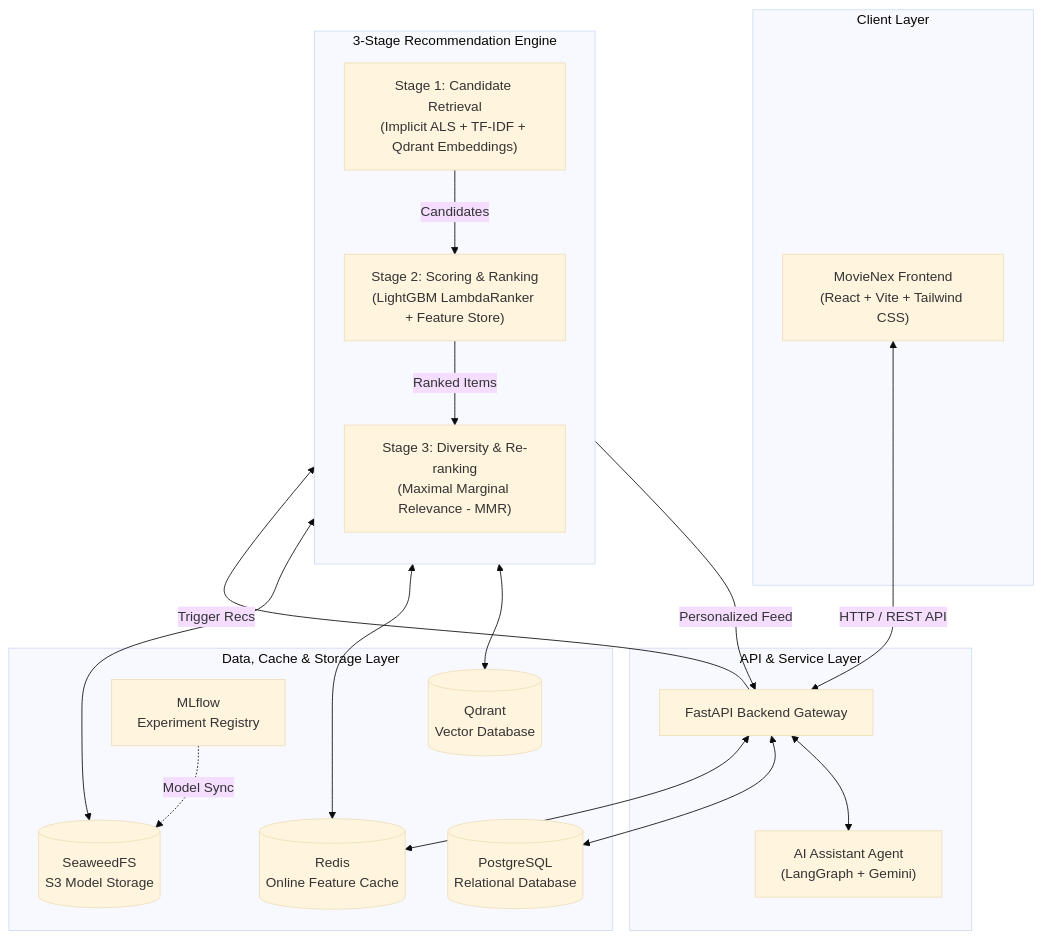
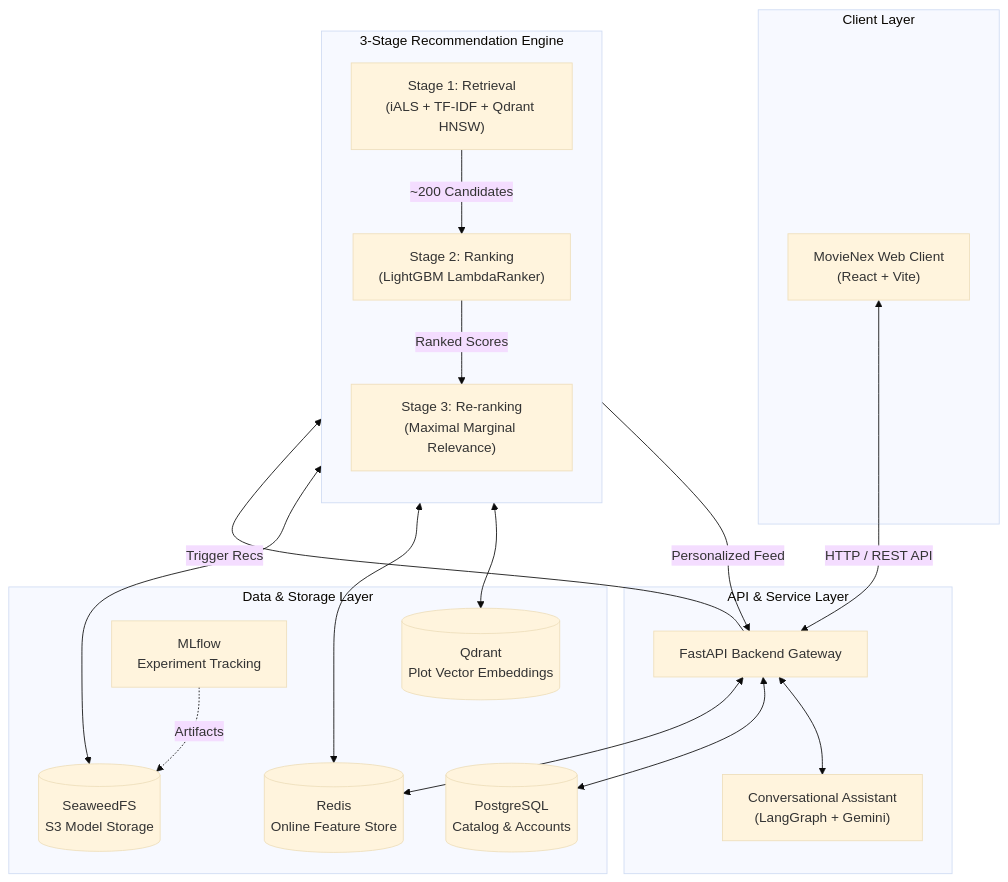
The diagram in README.md (dducsw/movie-recsys), drawn with Mermaid (base theme) before and after one commit. The commit also changed other lines of this file and 204 other files, not shown here.

````diff
--- a/README.md
+++ b/README.md
@@ -55,40 +47,40 @@
 ```mermaid
 flowchart TD
-    subgraph Client ["Client Layer"]
-        UI["MovieNex Frontend<br/>(React + Vite + Tailwind CSS)"]
+    subgraph ClientLayer ["Client Layer"]
+        UI["MovieNex Web Client<br/>(React + Vite)"]
     end
 
-    subgraph Gateway ["API & Service Layer"]
+    subgraph ServiceLayer ["API & Service Layer"]
         API["FastAPI Backend Gateway"]
-        Agent["AI Assistant Agent<br/>(LangGraph + Gemini)"]
+        Agent["Conversational Assistant<br/>(LangGraph + Gemini)"]
     end
 
-    subgraph RecSys ["3-Stage Recommendation Engine"]
+    subgraph RecSysEngine ["3-Stage Recommendation Engine"]
         direction TB
-        R1["Stage 1: Candidate Retrieval<br/>(Implicit ALS + TF-IDF + Qdrant Embeddings)"]
-        R2["Stage 2: Scoring & Ranking<br/>(LightGBM LambdaRanker + Feature Store)"]
-        R3["Stage 3: Diversity & Re-ranking<br/>(Maximal Marginal Relevance - MMR)"]
-        R1 -->|Candidates| R2
-        R2 -->|Ranked Items| R3
+        R1["Stage 1: Retrieval<br/>(iALS + TF-IDF + Qdrant HNSW)"]
+        R2["Stage 2: Ranking<br/>(LightGBM LambdaRanker)"]
+        R3["Stage 3: Re-ranking<br/>(Maximal Marginal Relevance)"]
+        R1 -->|~200 Candidates| R2
+        R2 -->|Ranked Scores| R3
     end
 
-    subgraph Storage ["Data, Cache & Storage Layer"]
-        DB[("PostgreSQL<br/>Relational Database")]
-        Cache[("Redis<br/>Online Feature Cache")]
-        VectorDB[("Qdrant<br/>Vector Database")]
+    subgraph DataStorage ["Data & Storage Layer"]
+        DB[("PostgreSQL<br/>Catalog & Accounts")]
+        Cache[("Redis<br/>Online Feature Store")]
+        VectorDB[("Qdrant<br/>Plot Vector Embeddings")]
         S3[("SeaweedFS<br/>S3 Model Storage")]
-        MLflow["MLflow<br/>Experiment Registry"]
+        MLflow["MLflow<br/>Experiment Tracking"]
     end
 
     UI <-->|"HTTP / REST API"| API
     API <--> Agent
     API -->|"Trigger Recs"| R1
     R3 -->|"Personalized Feed"| API
 
     API <--> DB
     API <--> Cache
     R1 <--> VectorDB
     R2 <--> Cache
     R2 <--> S3
-    MLflow -.->|"Model Sync"| S3
+    MLflow -.->|"Artifacts"| S3
 ```
````
